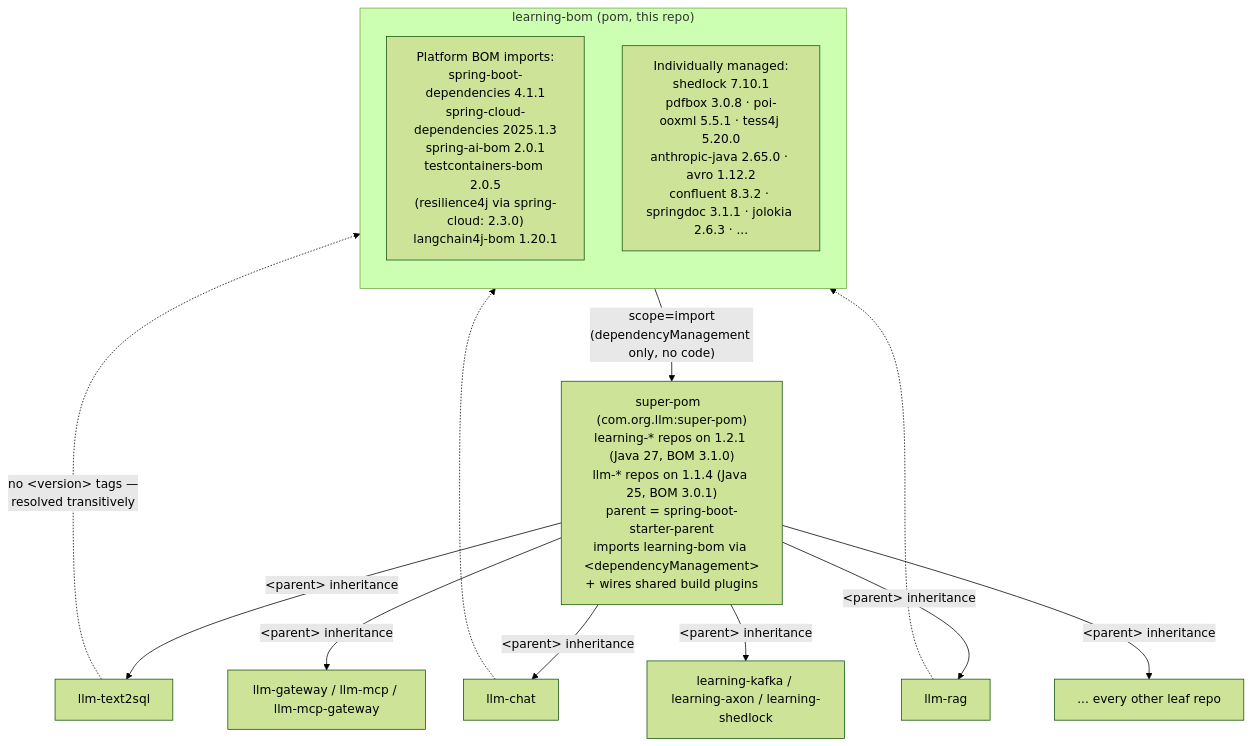
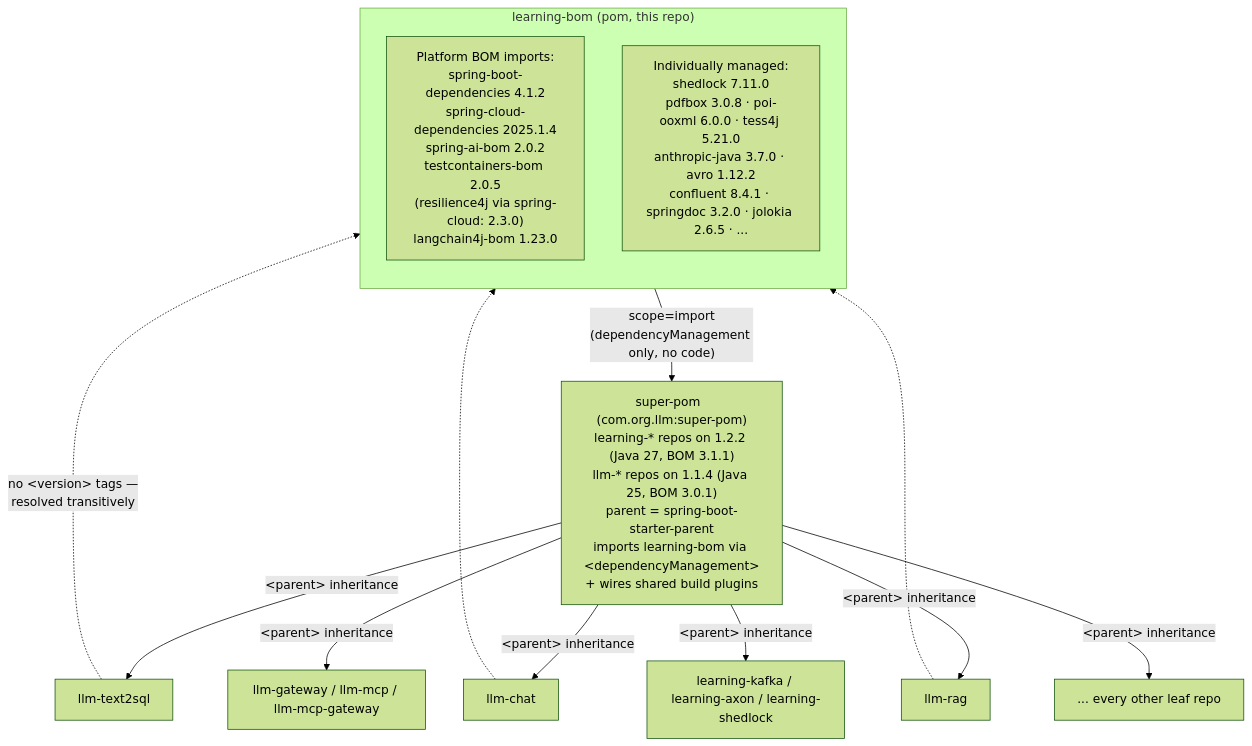
One commit to himnay/learning-bom changed the first of 2 diagrams in README.md. Above: the diagram before and after it, drawn with Mermaid (forest theme). The commit also changed other lines of this file and 1 other file, not shown here.

First line of the commit message:
Release learning-bom 3.1.1: latest stable versions

````diff
--- a/README.md
+++ b/README.md
@@ -274,23 +274,23 @@
 ```mermaid
 flowchart TD
     subgraph BOM["learning-bom  (pom, this repo)"]
         direction TB
-        A1["Platform BOM imports:<br/>spring-boot-dependencies 4.1.1<br/>spring-cloud-dependencies 2025.1.3<br/>spring-ai-bom 2.0.1<br/>testcontainers-bom 2.0.5<br/>(resilience4j via spring-cloud: 2.3.0)<br/>langchain4j-bom 1.20.1"]
-        A2["Individually managed:<br/>shedlock 7.10.1<br/>pdfbox 3.0.8 · poi-ooxml 5.5.1 · tess4j 5.20.0<br/>anthropic-java 2.65.0 · avro 1.12.2<br/>confluent 8.3.2 · springdoc 3.1.1 · jolokia 2.6.3 · ..."]
+        A1["Platform BOM imports:<br/>spring-boot-dependencies 4.1.2<br/>spring-cloud-dependencies 2025.1.4<br/>spring-ai-bom 2.0.2<br/>testcontainers-bom 2.0.5<br/>(resilience4j via spring-cloud: 2.3.0)<br/>langchain4j-bom 1.23.0"]
+        A2["Individually managed:<br/>shedlock 7.11.0<br/>pdfbox 3.0.8 · poi-ooxml 6.0.0 · tess4j 5.21.0<br/>anthropic-java 3.7.0 · avro 1.12.2<br/>confluent 8.4.1 · springdoc 3.2.0 · jolokia 2.6.5 · ..."]
     end
 
-    SP["super-pom  (com.org.llm:super-pom)<br/>learning-* repos on 1.2.1 (Java 27, BOM 3.1.0)<br/>llm-* repos on 1.1.4 (Java 25, BOM 3.0.1)<br/>parent = spring-boot-starter-parent<br/>imports learning-bom via &lt;dependencyManagement&gt;<br/>+ wires shared build plugins"]
+    SP["super-pom  (com.org.llm:super-pom)<br/>learning-* repos on 1.2.2 (Java 27, BOM 3.1.1)<br/>llm-* repos on 1.1.4 (Java 25, BOM 3.0.1)<br/>parent = spring-boot-starter-parent<br/>imports learning-bom via &lt;dependencyManagement&gt;<br/>+ wires shared build plugins"]
 
     BOM -- "scope=import<br/>(dependencyManagement only, no code)" --> SP
 
     SP -- "&lt;parent&gt; inheritance" --> L1["llm-text2sql"]
     SP -- "&lt;parent&gt; inheritance" --> L2["llm-chat"]
     SP -- "&lt;parent&gt; inheritance" --> L3["llm-rag"]
     SP -- "&lt;parent&gt; inheritance" --> L4["llm-gateway / llm-mcp / llm-mcp-gateway"]
     SP -- "&lt;parent&gt; inheritance" --> L5["learning-kafka / learning-axon / learning-shedlock"]
     SP -- "&lt;parent&gt; inheritance" --> L6["... every other leaf repo"]
 
     L1 -.->|"no &lt;version&gt; tags —<br/>resolved transitively"| BOM
     L2 -.-> BOM
     L3 -.-> BOM
 ```
````
